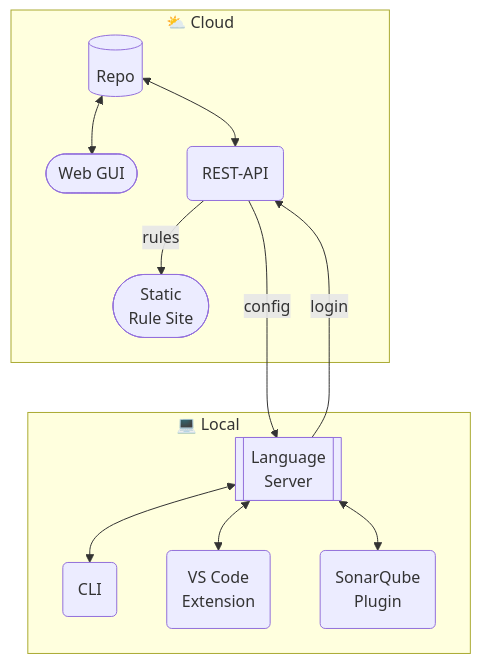
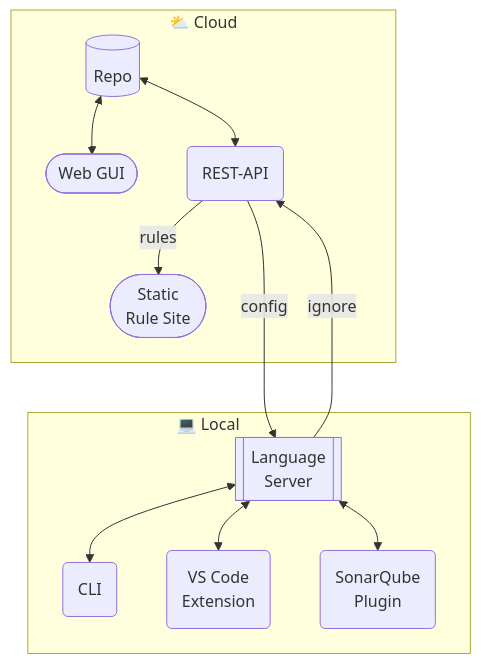
One commit to Grisselbav/dbLinter changed the diagram in docs/src/content/docs/reference/architecture.mdx. Above: the diagram before and after it, drawn with Mermaid.

Commit message:
update data flow label from login to ignore
authentication is used for every
REST call, therefore is should not
be mentioned as data flow

````diff
--- a/docs/src/content/docs/reference/architecture.mdx
+++ b/docs/src/content/docs/reference/architecture.mdx
@@ -12,29 +12,29 @@
 ```mermaid
 flowchart
     subgraph Cloud ["⛅ Cloud"]
         Repo[(Repo)] <--> GUI([Web GUI])
         Repo <--> REST-API(REST-API)
         REST-API --rules--> Rule-Site([Static
                                       Rule Site])
         click Repo "#repo"
         click GUI "#web-gui"
         click REST-API "#rest-api"
         click Rule-Site "#static-rule-site"
     end
 
     subgraph Client ["💻 Local⠀⠀⠀⠀⠀⠀⠀"]
         LS[[Language
             Server]] <--> CLI(CLI)
         LS <--> VSCode(VS Code
                        Extension)
         LS <--> SonarQube(SonarQube
                           Plugin)
         click LS "#language-server"
         click CLI "#cli"
         click VSCode "#vs-code-extension"
         click SonarQube "#sonarqube-plugin"
     end
 
     REST-API --config---> LS
-    LS --login--> REST-API
+    LS --ignore--> REST-API
 ```
````
